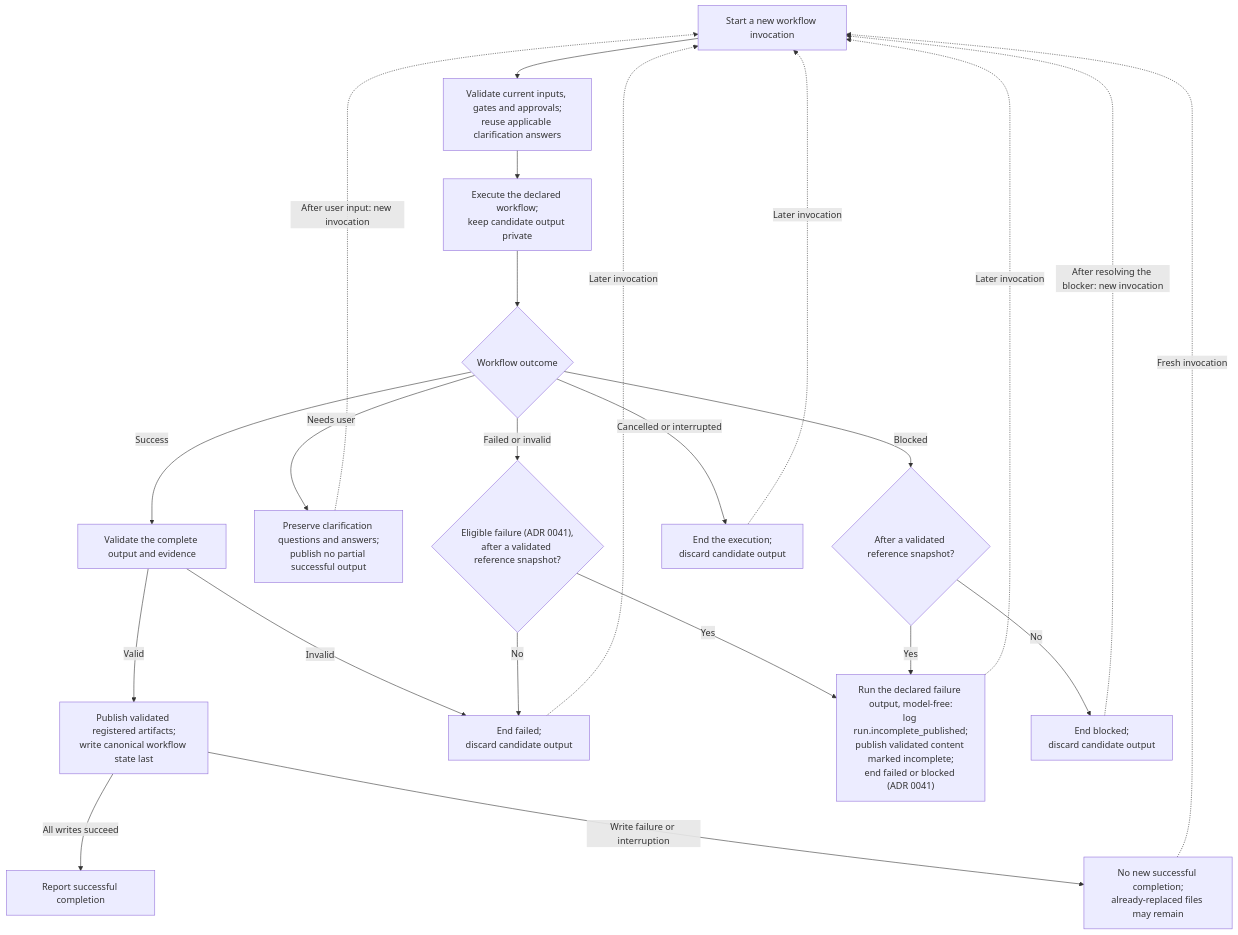
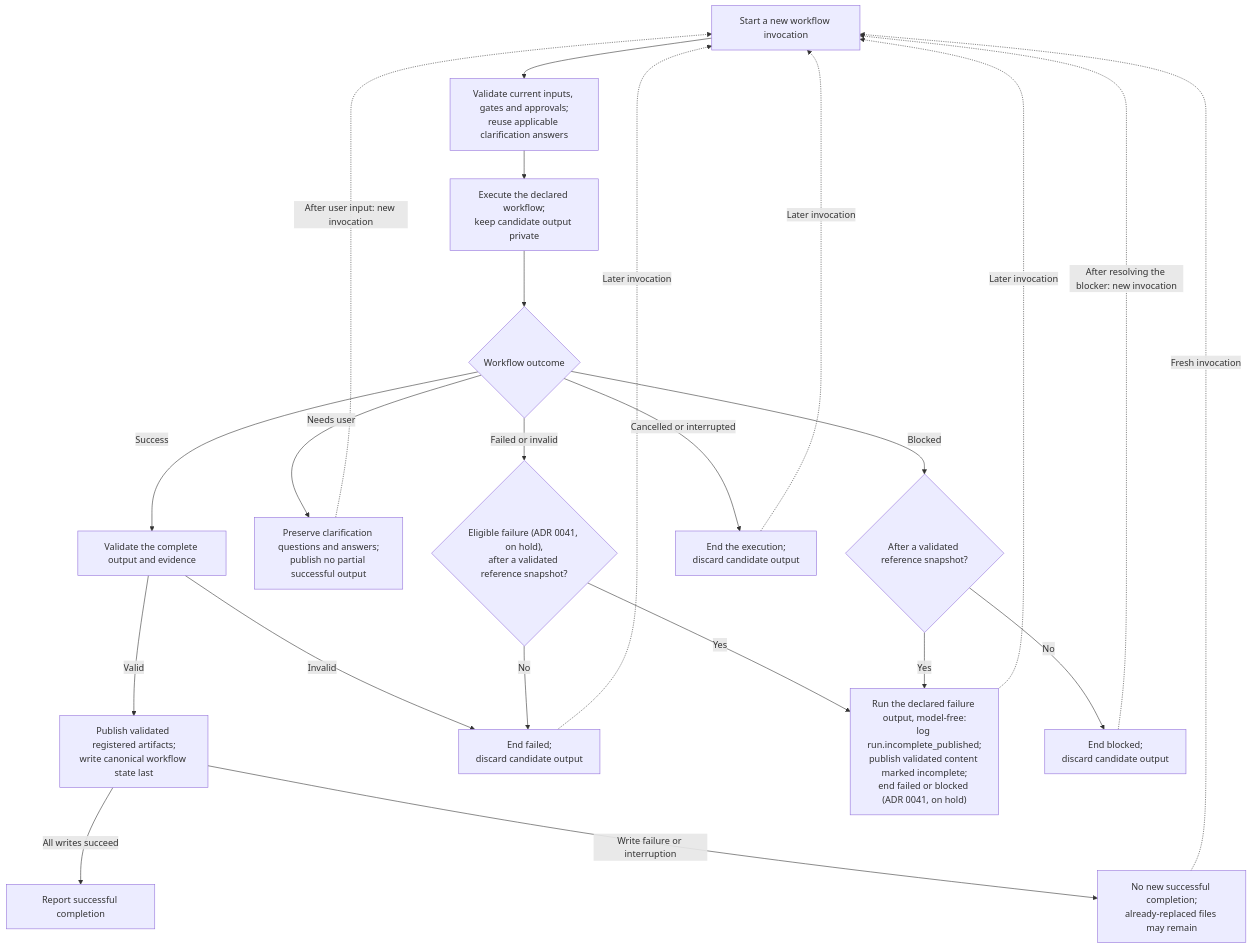
The diagram in design/diagrams/09-atomic-workflow-execution.md (littledespot/sdde), drawn with Mermaid before and after one commit. The commit also changed other lines of this file and 128 other files, not shown here.

````diff
--- a/design/diagrams/09-atomic-workflow-execution.md
+++ b/design/diagrams/09-atomic-workflow-execution.md
@@ -3,25 +3,25 @@
 ```mermaid
 flowchart TD
     START["Start a new workflow invocation"] --> INPUTS["Validate current inputs, gates and approvals;<br/>reuse applicable clarification answers"]
     INPUTS --> RUN["Execute the declared workflow;<br/>keep candidate output private"]
     RUN --> RESULT{"Workflow outcome"}
     RESULT -->|Success| VALIDATE["Validate the complete output and evidence"]
     VALIDATE -->|Valid| OUTPUT["Publish validated registered artifacts;<br/>write canonical workflow state last"]
     OUTPUT -->|All writes succeed| COMPLETE["Report successful completion"]
     OUTPUT -->|Write failure or interruption| WRITEFAIL["No new successful completion;<br/>already-replaced files may remain"]
     WRITEFAIL -. Fresh invocation .-> START
     VALIDATE -->|Invalid| FAILED["End failed;<br/>discard candidate output"]
     RESULT -->|Needs user| CLARIFY["Preserve clarification questions and answers;<br/>publish no partial successful output"]
-    RESULT -->|Failed or invalid| FAILKIND{"Eligible failure (ADR 0041),<br/>after a validated reference snapshot?"}
-    FAILKIND -->|Yes| PARTIAL["Run the declared failure output, model-free:<br/>log run.incomplete_published;<br/>publish validated content marked incomplete;<br/>end failed or blocked (ADR 0041)"]
+    RESULT -->|Failed or invalid| FAILKIND{"Eligible failure (ADR 0041, on hold),<br/>after a validated reference snapshot?"}
+    FAILKIND -->|Yes| PARTIAL["Run the declared failure output, model-free:<br/>log run.incomplete_published;<br/>publish validated content marked incomplete;<br/>end failed or blocked (ADR 0041, on hold)"]
     FAILKIND -->|No| FAILED
     PARTIAL -. Later invocation .-> START
     RESULT -->|Blocked| BLOCKKIND{"After a validated reference snapshot?"}
     BLOCKKIND -->|Yes| PARTIAL
     BLOCKKIND -->|No| BLOCKED["End blocked;<br/>discard candidate output"]
     RESULT -->|Cancelled or interrupted| ABANDON["End the execution;<br/>discard candidate output"]
     CLARIFY -. After user input: new invocation .-> START
     FAILED -. Later invocation .-> START
     BLOCKED -. After resolving the blocker: new invocation .-> START
     ABANDON -. Later invocation .-> START
 ```
````
